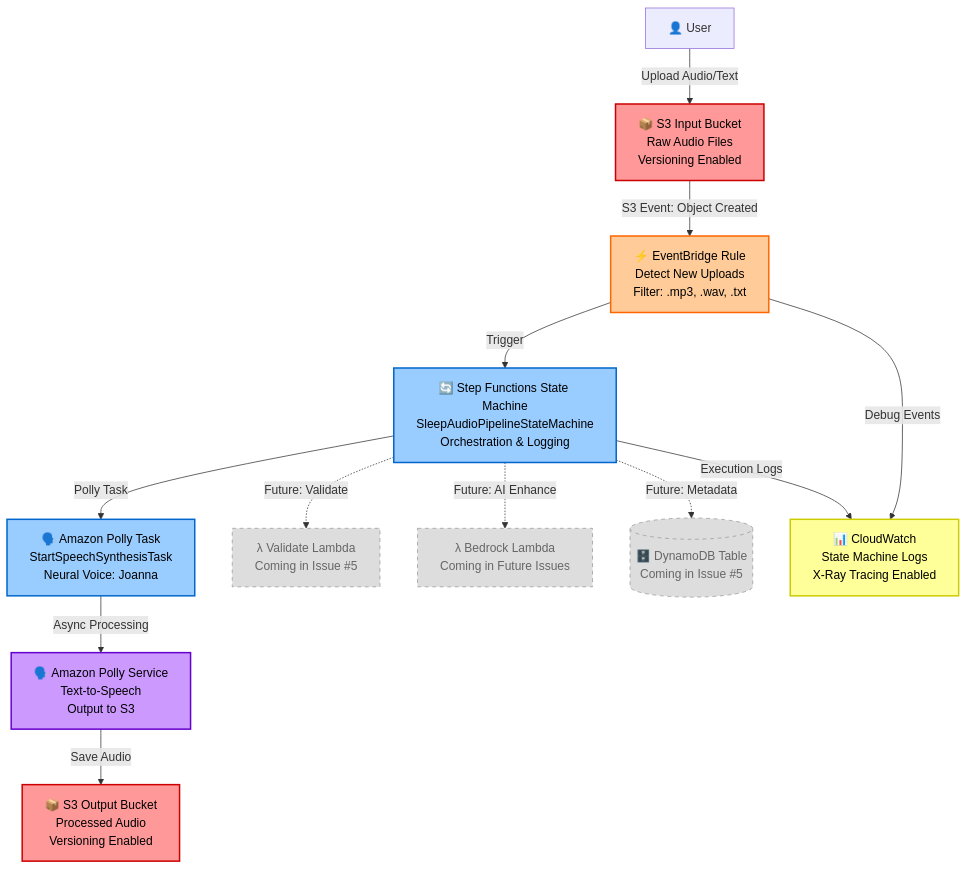
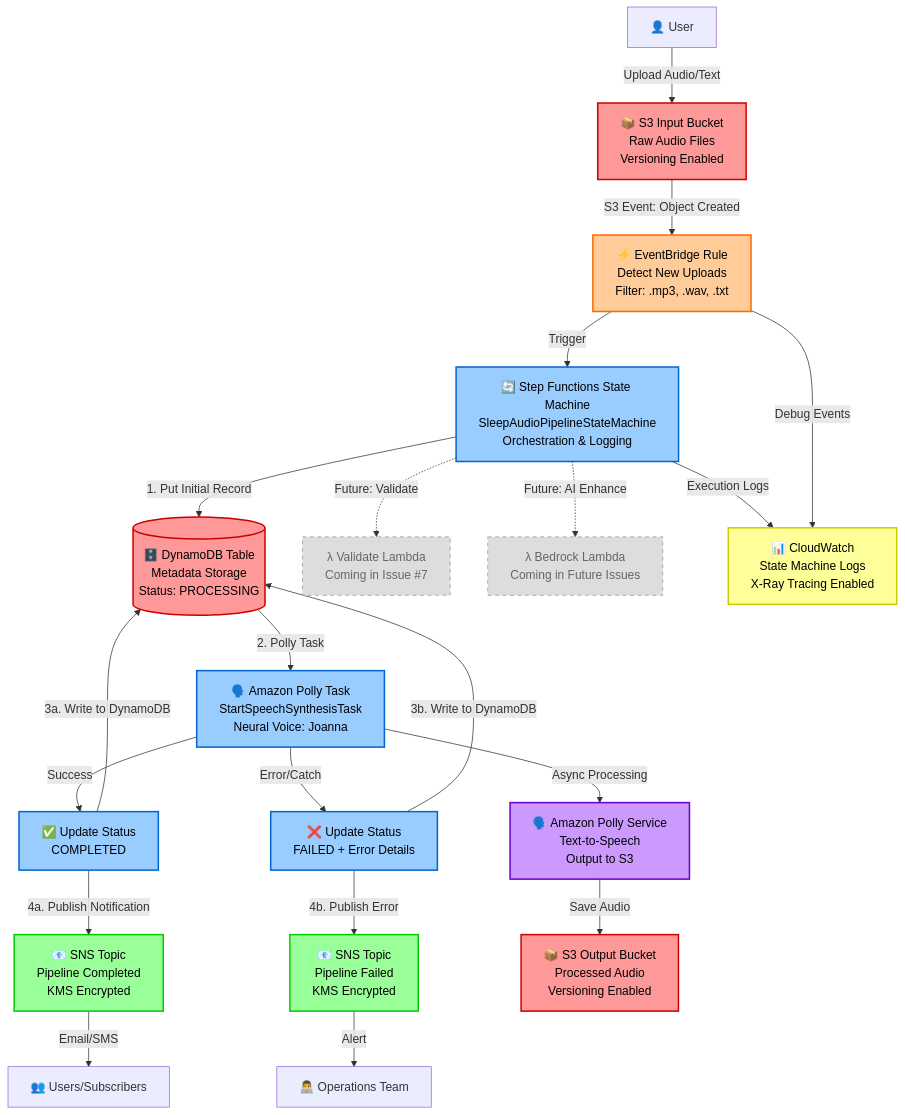
Before and after one commit to obstreperous-ai/cdk-sleep-py-qdev: the diagram in ARCHITECTURE.md, drawn with Mermaid. The commit also changed other lines of this file and 2 other files, not shown here.

Commit message:
[skip ci] feat: Add SNS notifications and error handling (Issue #6)

````diff
--- a/ARCHITECTURE.md
+++ b/ARCHITECTURE.md
@@ -24,45 +24,63 @@
 ```mermaid
 flowchart TD
     %% User Input
     User[👤 User] -->|Upload Audio/Text| InputBucket[📦 S3 Input Bucket<br/>Raw Audio Files<br/>Versioning Enabled]
     
     %% Event Detection
     InputBucket -->|S3 Event: Object Created| EventBridge[⚡ EventBridge Rule<br/>Detect New Uploads<br/>Filter: .mp3, .wav, .txt]
     
     %% Orchestration
     EventBridge -->|Trigger| StepFunctions[🔄 Step Functions State Machine<br/>SleepAudioPipelineStateMachine<br/>Orchestration & Logging]
     
-    %% Current Processing Task (Issue #4)
-    StepFunctions -->|Polly Task| PollyTask[🗣️ Amazon Polly Task<br/>StartSpeechSynthesisTask<br/>Neural Voice: Joanna]
+    %% Metadata Storage (Issue #5)
+    StepFunctions -->|1. Put Initial Record| DynamoDB[(🗄️ DynamoDB Table<br/>Metadata Storage<br/>Status: PROCESSING)]
     
+    %% Processing Task (Issue #4)
+    DynamoDB -->|2. Polly Task| PollyTask[🗣️ Amazon Polly Task<br/>StartSpeechSynthesisTask<br/>Neural Voice: Joanna]
+    
+    PollyTask -->|Success| UpdateCompleted[✅ Update Status<br/>COMPLETED]
+    PollyTask -->|Error/Catch| UpdateFailed[❌ Update Status<br/>FAILED + Error Details]
+    
+    %% Success Path (Issue #6)
+    UpdateCompleted -->|3a. Write to DynamoDB| DynamoDB
+    UpdateCompleted -->|4a. Publish Notification| SNSCompleted[📧 SNS Topic<br/>Pipeline Completed<br/>KMS Encrypted]
+    
+    %% Error Path (Issue #6)
+    UpdateFailed -->|3b. Write to DynamoDB| DynamoDB
+    UpdateFailed -->|4b. Publish Error| SNSFailed[📧 SNS Topic<br/>Pipeline Failed<br/>KMS Encrypted]
+    
+    %% Output Storage
     PollyTask -->|Async Processing| Polly[🗣️ Amazon Polly Service<br/>Text-to-Speech<br/>Output to S3]
-    
     Polly -->|Save Audio| OutputBucket[📦 S3 Output Bucket<br/>Processed Audio<br/>Versioning Enabled]
     
+    %% Notifications to Users/Ops
+    SNSCompleted -->|Email/SMS| Users[👥 Users/Subscribers]
+    SNSFailed -->|Alert| OpsTeam[👨‍💻 Operations Team]
+    
     %% Future Processing Tasks (Placeholder)
-    StepFunctions -.->|Future: Validate| ValidateLambda[λ Validate Lambda<br/>Coming in Issue #5]
-    
+    StepFunctions -.->|Future: Validate| ValidateLambda[λ Validate Lambda<br/>Coming in Issue #7]
     StepFunctions -.->|Future: AI Enhance| BedrockLambda[λ Bedrock Lambda<br/>Coming in Future Issues]
-    
-    %% Future Components (Placeholder)
-    StepFunctions -.->|Future: Metadata| DynamoDB[(🗄️ DynamoDB Table<br/>Coming in Issue #5)]
     
     %% Observability
     StepFunctions -->|Execution Logs| CloudWatch[📊 CloudWatch<br/>State Machine Logs<br/>X-Ray Tracing Enabled]
     EventBridge -->|Debug Events| CloudWatch
     
     %% Styling
     classDef storage fill:#FF9999,stroke:#CC0000,stroke-width:2px,color:#000
     classDef compute fill:#99CCFF,stroke:#0066CC,stroke-width:2px,color:#000
     classDef ai fill:#CC99FF,stroke:#6600CC,stroke-width:2px,color:#000
     classDef event fill:#FFCC99,stroke:#FF6600,stroke-width:2px,color:#000
     classDef monitoring fill:#FFFF99,stroke:#CCCC00,stroke-width:2px,color:#000
+    classDef notification fill:#99FF99,stroke:#00CC00,stroke-width:2px,color:#000
+    classDef status fill:#FFB3BA,stroke:#FF6B6B,stroke-width:2px,color:#000
     classDef future fill:#DDDDDD,stroke:#999999,stroke-width:1px,color:#666,stroke-dasharray: 5 5
     
-    class InputBucket,OutputBucket,DynamoDB storage
-    class StepFunctions,PollyTask compute
+    class InputBucket,OutputBucket storage
+    class DynamoDB storage
+    class StepFunctions,PollyTask,UpdateCompleted,UpdateFailed compute
     class Polly ai
     class EventBridge event
     class CloudWatch monitoring
-    class ValidateLambda,BedrockLambda,DynamoDB future
+    class SNSCompleted,SNSFailed notification
+    class ValidateLambda,BedrockLambda future
 ```
````
